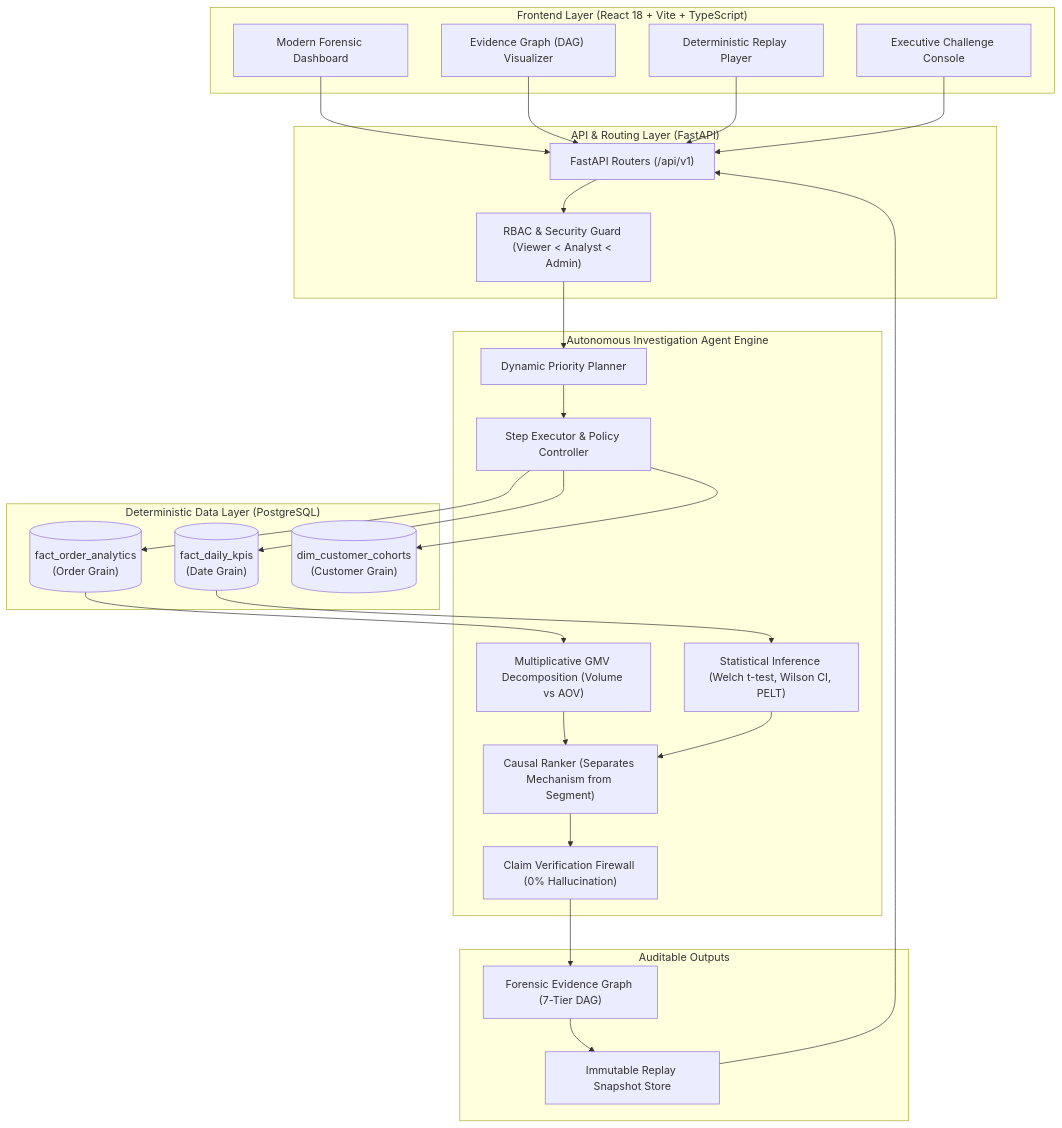
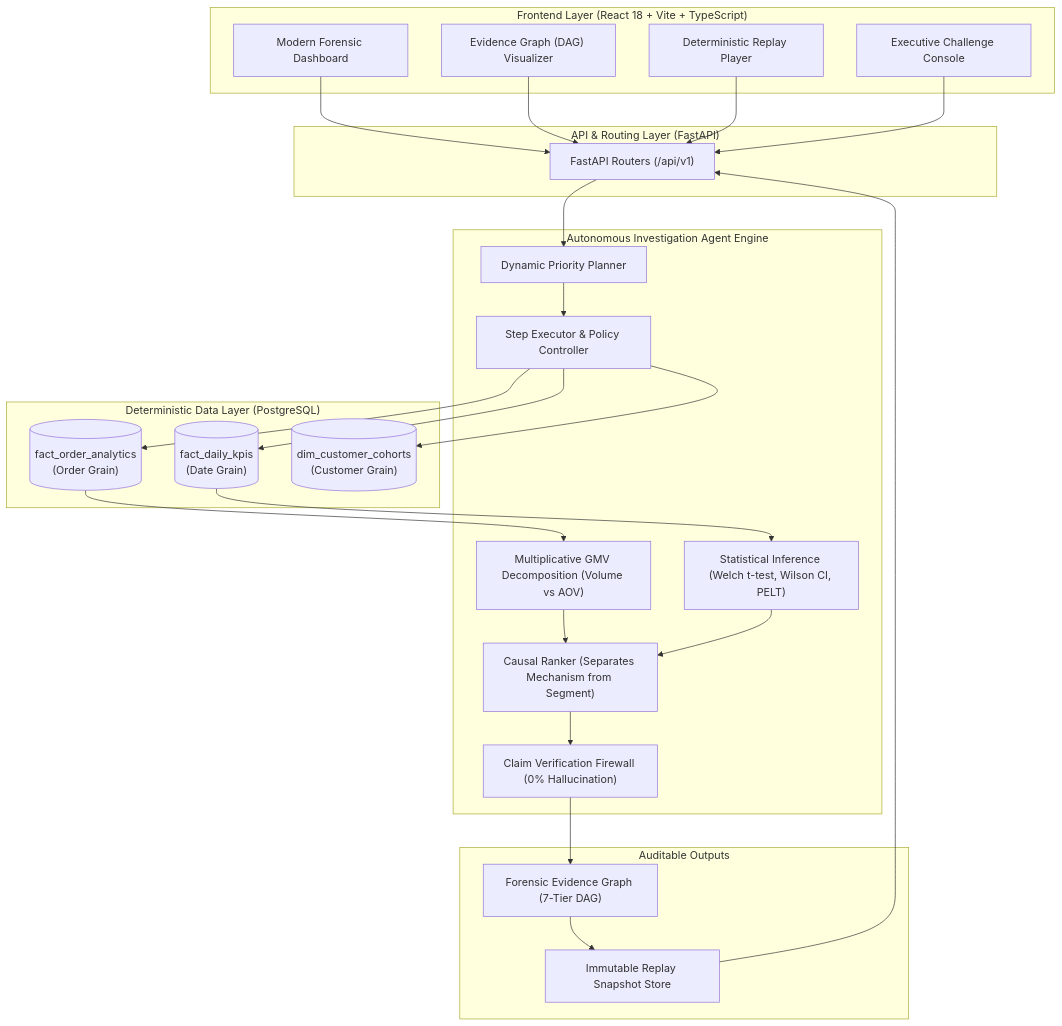
The diagram in docs/ARCHITECTURE.md (Ishita-1408/RootCause-AI), drawn with Mermaid before and after one commit. The commit also changed other lines of this file and 17 other files, not shown here.

````diff
--- a/docs/ARCHITECTURE.md
+++ b/docs/ARCHITECTURE.md
@@ -18,53 +18,52 @@
 ```mermaid
 flowchart TD
     subgraph Client ["Frontend Layer (React 18 + Vite + TypeScript)"]
         UI["Modern Forensic Dashboard"]
         GraphUI["Evidence Graph (DAG) Visualizer"]
         ReplayUI["Deterministic Replay Player"]
         ChallengeUI["Executive Challenge Console"]
     end
 
     subgraph API ["API & Routing Layer (FastAPI)"]
         Router["FastAPI Routers (/api/v1)"]
-        Auth["RBAC & Security Guard (Viewer < Analyst < Admin)"]
     end
 
     subgraph Agent ["Autonomous Investigation Agent Engine"]
         Planner["Dynamic Priority Planner"]
         Executor["Step Executor & Policy Controller"]
         Decomp["Multiplicative GMV Decomposition (Volume vs AOV)"]
         StatEngine["Statistical Inference (Welch t-test, Wilson CI, PELT)"]
         Ranker["Causal Ranker (Separates Mechanism from Segment)"]
         Firewall["Claim Verification Firewall (0% Hallucination)"]
     end
 
     subgraph Storage ["Deterministic Data Layer (PostgreSQL)"]
         Marts[("fact_order_analytics\n(Order Grain)")]
         DailyKPIs[("fact_daily_kpis\n(Date Grain)")]
         Cohorts[("dim_customer_cohorts\n(Customer Grain)")]
     end
 
     subgraph Artifacts ["Auditable Outputs"]
         DAG["Forensic Evidence Graph (7-Tier DAG)"]
         Snapshot["Immutable Replay Snapshot Store"]
     end
 
     UI --> Router
     GraphUI --> Router
     ReplayUI --> Router
     ChallengeUI --> Router
 
-    Router --> Auth --> Planner
+    Router --> Planner
     Planner --> Executor
     Executor --> Marts
     Executor --> DailyKPIs
     Executor --> Cohorts
 
     Marts --> Decomp
     DailyKPIs --> StatEngine
     Decomp & StatEngine --> Ranker
     Ranker --> Firewall
     Firewall --> DAG
     DAG --> Snapshot
     Snapshot --> Router
 ```
````
